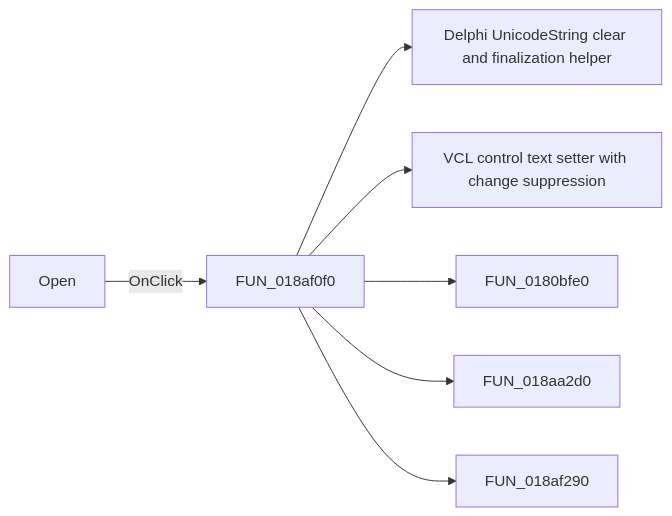
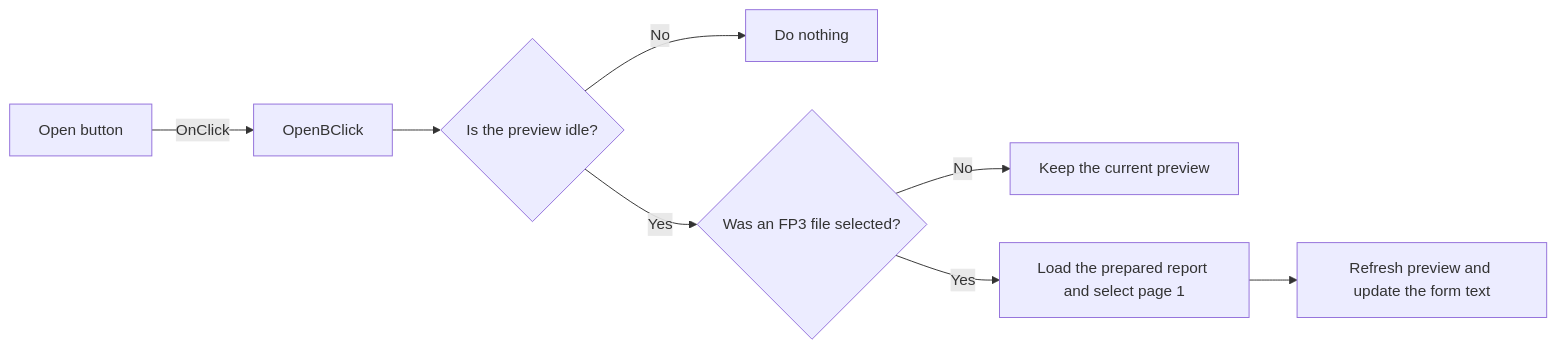
The diagram in docs/ui-controls/frxpreviewform/openb-c5d554264d.md (MovGP0/TIARA), drawn with Mermaid before and after one commit. The commit also changed other lines of this file and 387 other files, not shown here.

````diff
--- a/docs/ui-controls/frxpreviewform/openb-c5d554264d.md
+++ b/docs/ui-controls/frxpreviewform/openb-c5d554264d.md
@@ -27,9 +27,10 @@
 ```mermaid
 flowchart LR
-    control["Open"] -->|OnClick| handler["FUN_018af0f0"]
-    handler --> call1["Delphi UnicodeString clear and finalization helper"]
-    handler --> call2["VCL control text setter with change suppression"]
-    handler --> call3["FUN_0180bfe0"]
-    handler --> call4["FUN_018aa2d0"]
-    handler --> call5["FUN_018af290"]
+    control["Open button"] -->|OnClick| handler["OpenBClick"]
+    handler --> idle{"Is the preview idle?"}
+    idle -->|No| noop["Do nothing"]
+    idle -->|Yes| choose{"Was an FP3 file selected?"}
+    choose -->|No| finish["Keep the current preview"]
+    choose -->|Yes| load["Load the prepared report and select page 1"]
+    load --> title["Refresh preview and update the form text"]
 ```
````
